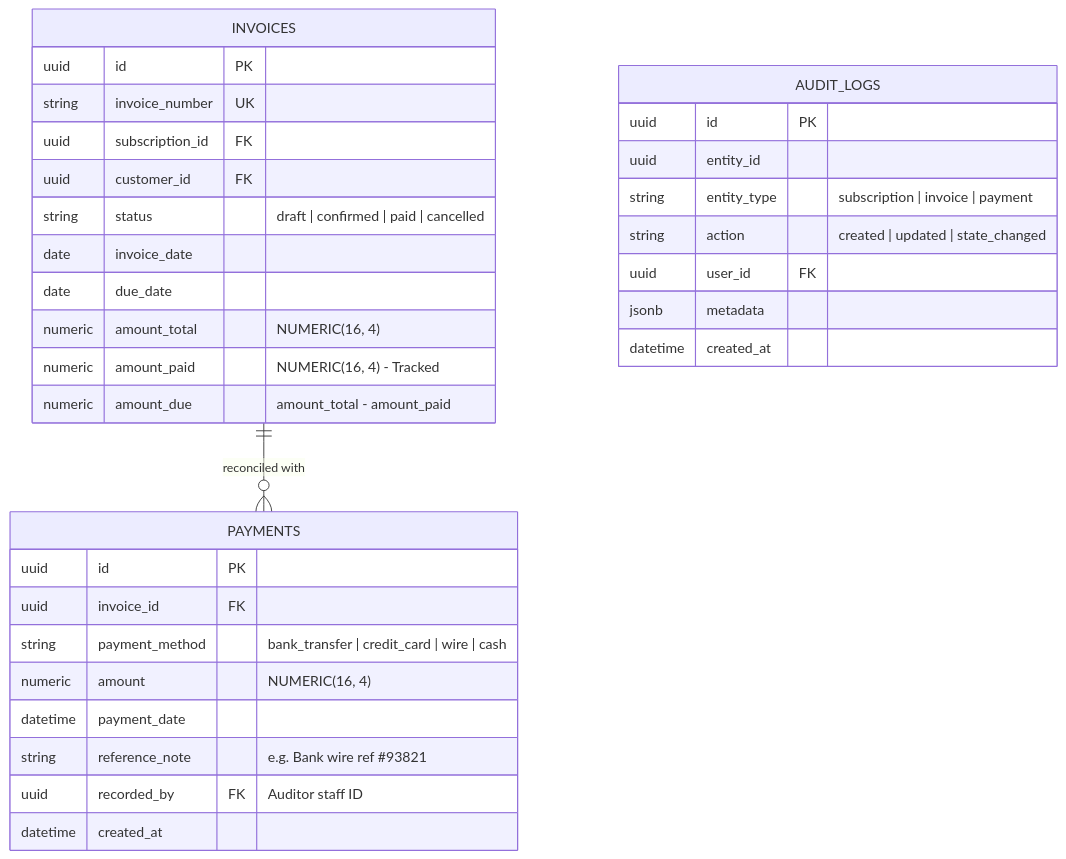
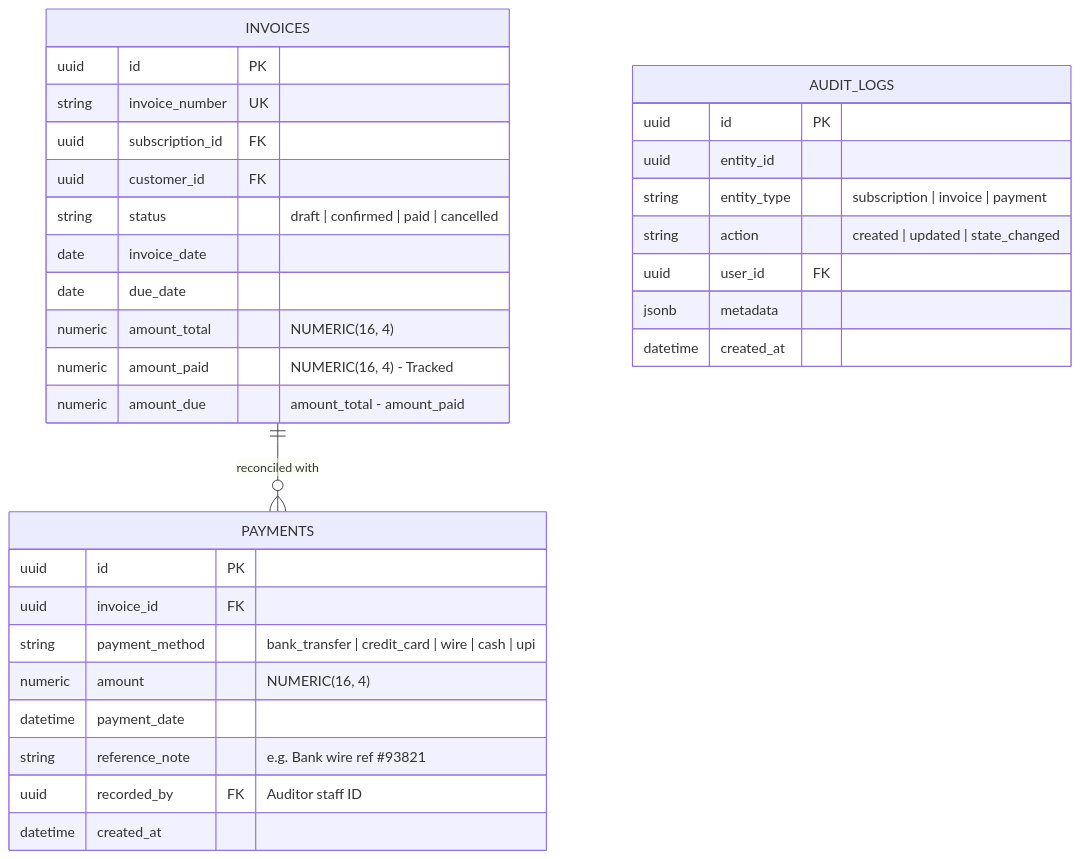
The first of 2 diagrams in PRD_PHASE_3.md (Niss54/Subscription_Management_System), drawn with Mermaid before and after one commit. The commit also changed other lines of this file and 2 other files, not shown here.

````diff
--- a/PRD_PHASE_3.md
+++ b/PRD_PHASE_3.md
@@ -46,37 +47,37 @@
 ```mermaid
 erDiagram
     INVOICES ||--o{ PAYMENTS : "reconciled with"
     INVOICES {
         uuid id PK
         string invoice_number UK
         uuid subscription_id FK
         uuid customer_id FK
         string status "draft | confirmed | paid | cancelled"
         date invoice_date
         date due_date
         numeric amount_total "NUMERIC(16, 4)"
         numeric amount_paid "NUMERIC(16, 4) - Tracked"
         numeric amount_due "amount_total - amount_paid"
     }
 
     PAYMENTS {
         uuid id PK
         uuid invoice_id FK
-        string payment_method "bank_transfer | credit_card | wire | cash"
+        string payment_method "bank_transfer | credit_card | wire | cash | upi"
         numeric amount "NUMERIC(16, 4)"
         datetime payment_date
         string reference_note "e.g. Bank wire ref #93821"
         uuid recorded_by FK "Auditor staff ID"
         datetime created_at
     }
 
     AUDIT_LOGS {
         uuid id PK
         uuid entity_id
         string entity_type "subscription | invoice | payment"
         string action "created | updated | state_changed"
         uuid user_id FK
         jsonb metadata
         datetime created_at
     }
 ```
````
